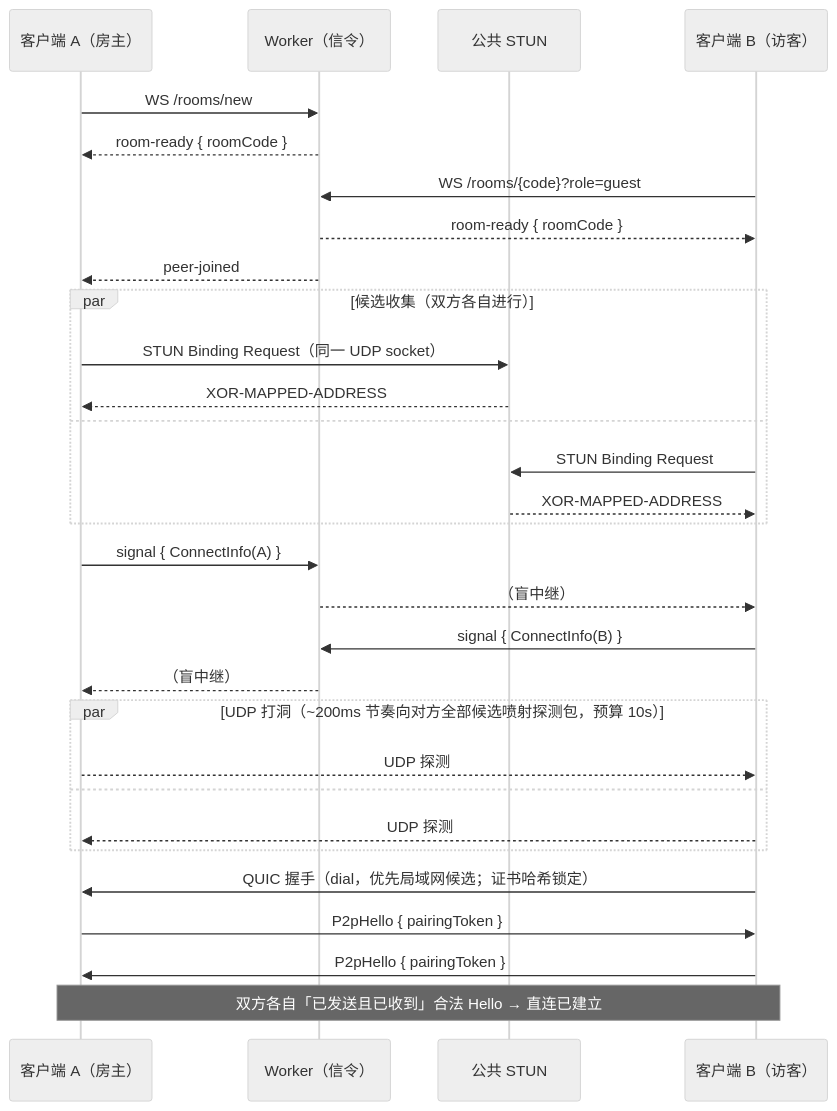
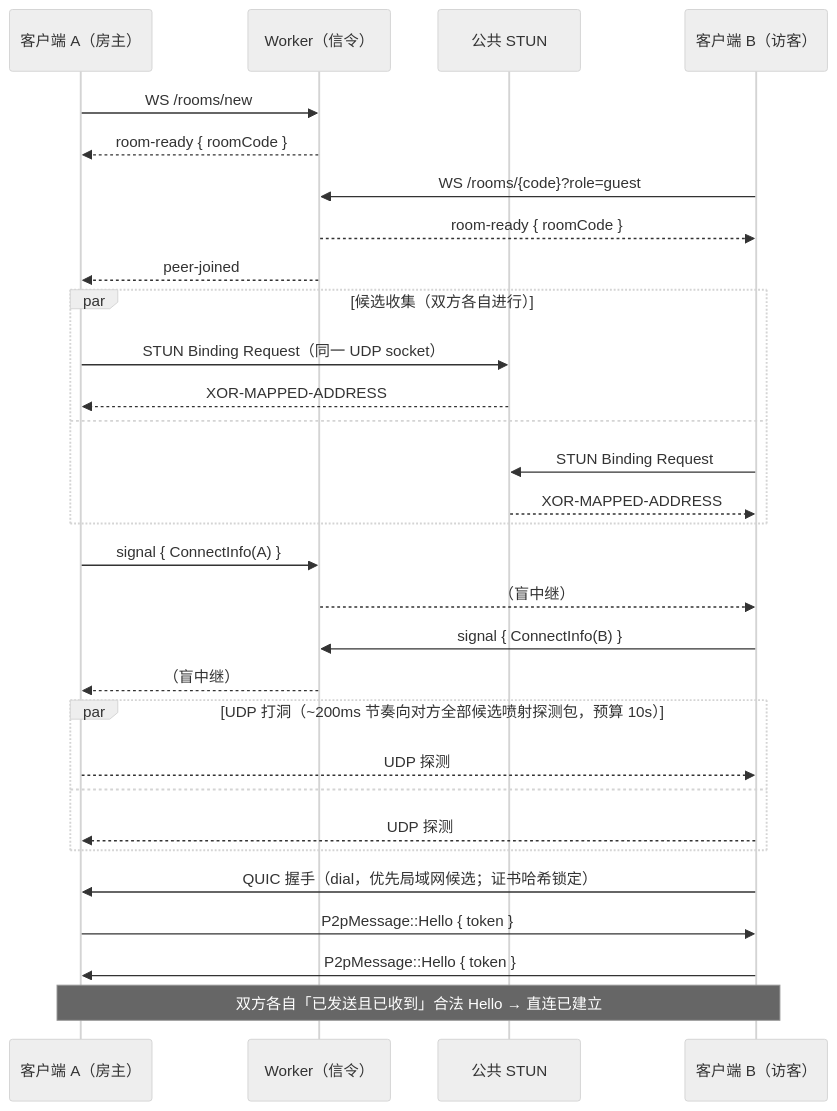
The diagram in README.md (expcat/p2p-signaling), drawn with Mermaid (neutral theme) before and after one commit. The commit also changed other lines of this file and 1 other file, not shown here.

````diff
--- a/README.md
+++ b/README.md
@@ -86,33 +86,33 @@
 ```mermaid
 sequenceDiagram
     participant A as 客户端 A（房主）
     participant W as Worker（信令）
     participant S as 公共 STUN
     participant B as 客户端 B（访客）
 
     A->>W: WS /rooms/new
     W-->>A: room-ready { roomCode }
     B->>W: WS /rooms/{code}?role=guest
     W-->>B: room-ready { roomCode }
     W-->>A: peer-joined
     par 候选收集（双方各自进行）
         A->>S: STUN Binding Request（同一 UDP socket）
         S-->>A: XOR-MAPPED-ADDRESS
     and
         B->>S: STUN Binding Request
         S-->>B: XOR-MAPPED-ADDRESS
     end
     A->>W: signal { ConnectInfo(A) }
     W-->>B: （盲中继）
     B->>W: signal { ConnectInfo(B) }
     W-->>A: （盲中继）
     par UDP 打洞（~200ms 节奏向对方全部候选喷射探测包，预算 10s）
         A-->>B: UDP 探测
     and
         B-->>A: UDP 探测
     end
     B->>A: QUIC 握手（dial，优先局域网候选；证书哈希锁定）
-    A->>B: P2pHello { pairingToken }
-    B->>A: P2pHello { pairingToken }
+    A->>B: P2pMessage::Hello { token }
+    B->>A: P2pMessage::Hello { token }
     Note over A,B: 双方各自「已发送且已收到」合法 Hello → 直连已建立
 ```
````
